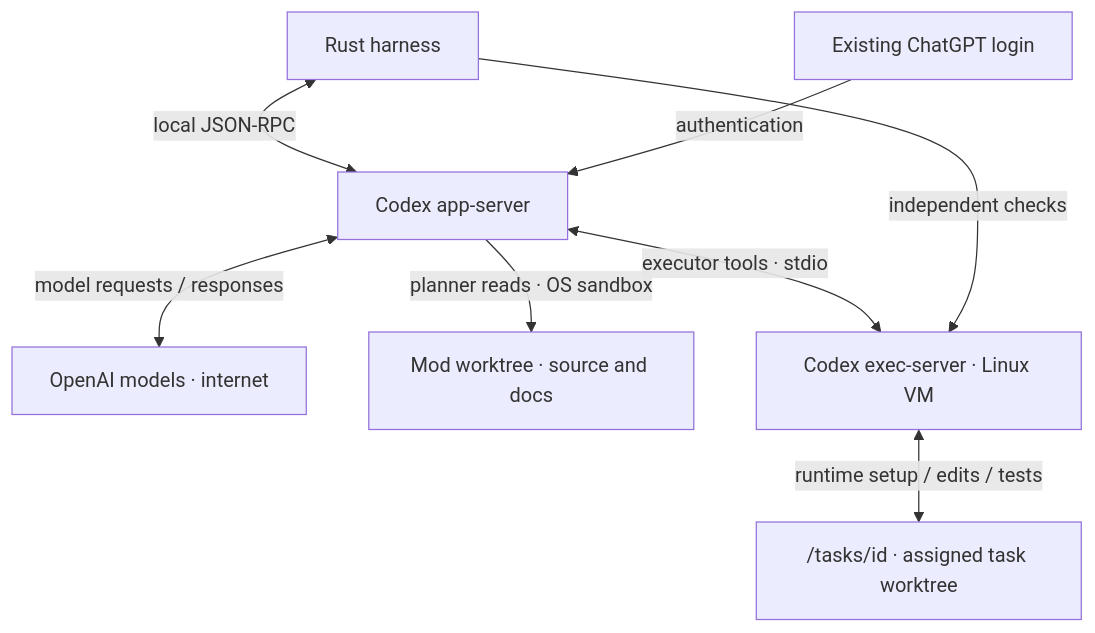
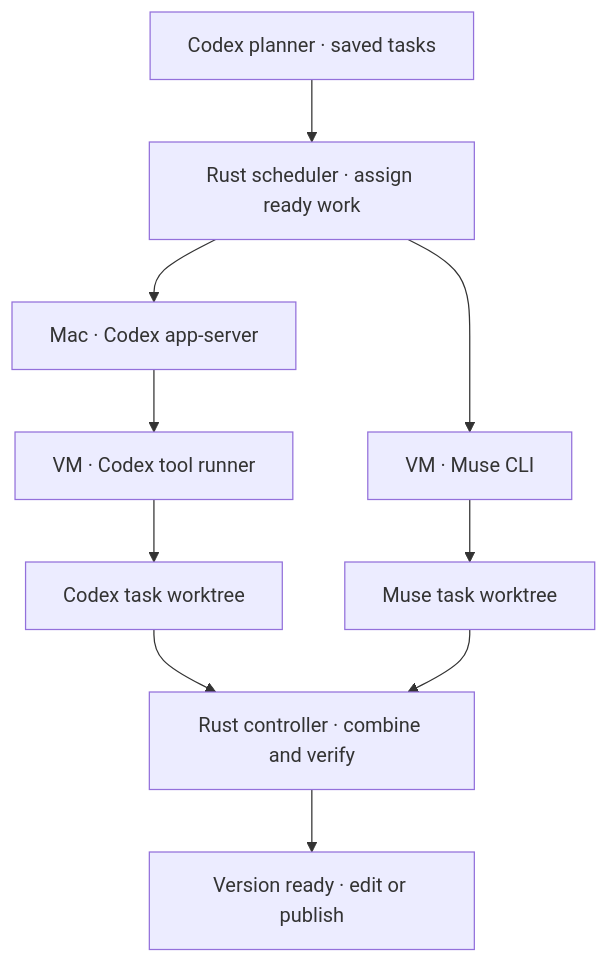
Before and after one commit to minimumeffort-dev/sprowt.harness: the first of 2 diagrams in docs/workers.md, drawn with Mermaid. The commit also changed other lines of this file and 24 other files, not shown here.

Commit message:
Connect Muse VM executors to the shared scheduler

````diff
--- a/docs/workers.md
+++ b/docs/workers.md
@@ -5,10 +37,12 @@
 ```mermaid
 flowchart TB
-    harness["Rust harness"] <-->|"local JSON-RPC"| codex["Codex app-server"]
-    login["Existing ChatGPT login"] -->|"authentication"| codex
-    codex <-->|"model requests / responses"| models["OpenAI models · internet"]
-    codex -->|"planner reads · OS sandbox"| project["Mod worktree · source and docs"]
-    codex <-->|"executor tools · stdio"| guest["Codex exec-server · Linux VM"]
-    harness -->|"independent checks"| guest
-    guest <-->|"runtime setup / edits / tests"| work["/tasks/id · assigned task worktree"]
+    plan["Codex planner · saved tasks"] --> schedule["Rust scheduler · assign ready work"]
+    schedule --> codex["Mac · Codex app-server"]
+    schedule --> muse["VM · Muse CLI"]
+    codex --> tools["VM · Codex tool runner"]
+    tools --> a["Codex task worktree"]
+    muse --> b["Muse task worktree"]
+    a --> checks["Rust controller · combine and verify"]
+    b --> checks
+    checks --> ready["Version ready · edit or publish"]
 ```
````
